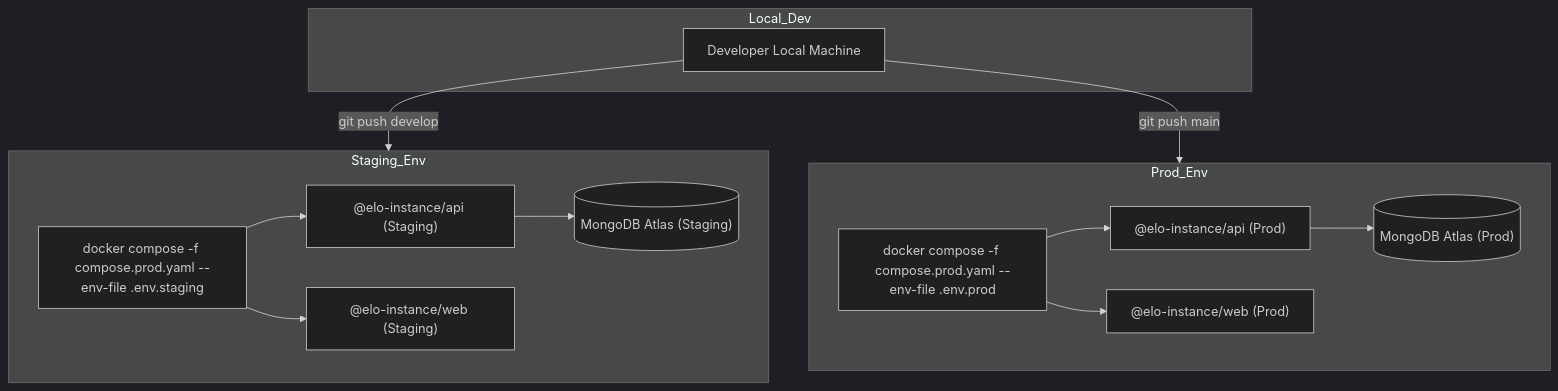
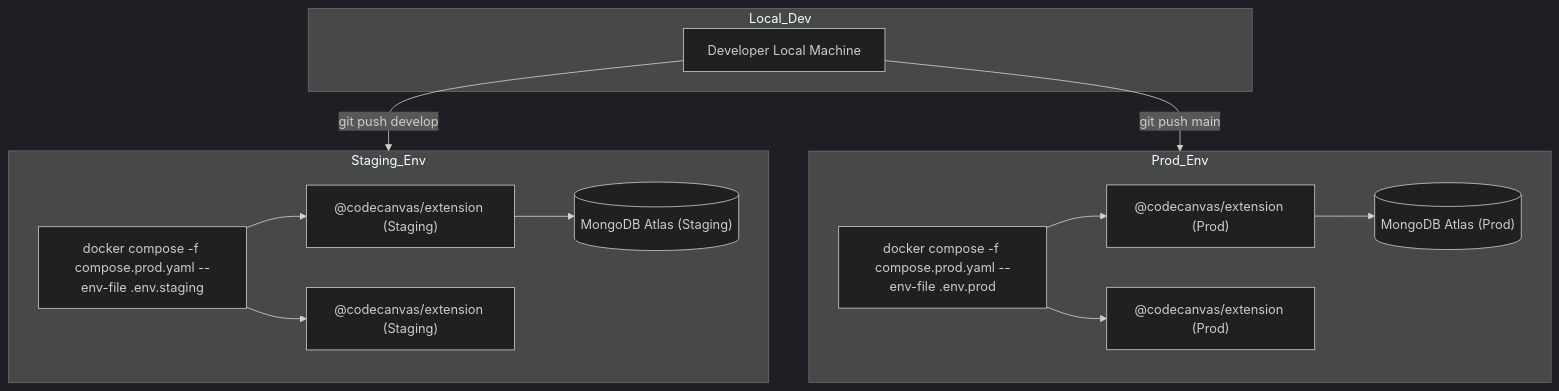
One commit to tupynambalucas/code-canvas changed the diagram in docs/handbook/architecture/deployment.mdx. Above: the diagram before and after it, drawn with Mermaid (dark theme). The commit also changed other lines of this file and 134 other files, not shown here.

````diff
--- a/docs/handbook/architecture/deployment.mdx
+++ b/docs/handbook/architecture/deployment.mdx
@@ -20,29 +20,29 @@
 ```mermaid
 graph TD
     subgraph Local_Dev
         Code["Developer Local Machine"]
     end
     subgraph Staging_Env
         StgCompose["docker compose -f compose.prod.yaml --env-file .env.staging"]
-        StgAPI["@elo-instance/api (Staging)"]
-        StgWeb["@elo-instance/web (Staging)"]
+        StgAPI["@codecanvas/extension (Staging)"]
+        StgWeb["@codecanvas/extension (Staging)"]
         StgDB[("MongoDB Atlas (Staging)")]
     end
     subgraph Prod_Env
         ProdCompose["docker compose -f compose.prod.yaml --env-file .env.prod"]
-        ProdAPI["@elo-instance/api (Prod)"]
-        ProdWeb["@elo-instance/web (Prod)"]
+        ProdAPI["@codecanvas/extension (Prod)"]
+        ProdWeb["@codecanvas/extension (Prod)"]
         ProdDB[("MongoDB Atlas (Prod)")]
     end
 
     Code -->|git push develop| Staging_Env
     Code -->|git push main| Prod_Env
 
     StgCompose --> StgAPI
     StgCompose --> StgWeb
     StgAPI --> StgDB
 
     ProdCompose --> ProdAPI
     ProdCompose --> ProdWeb
     ProdAPI --> ProdDB
 ```
````
